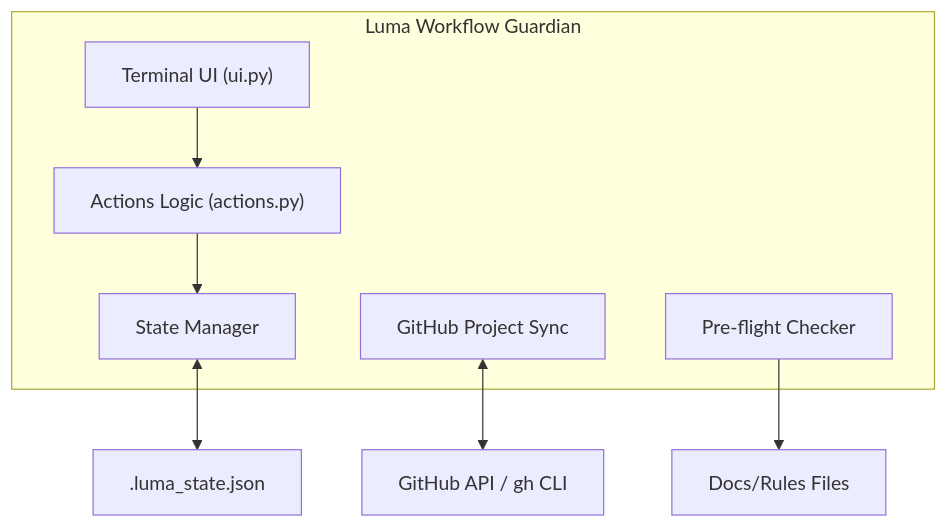
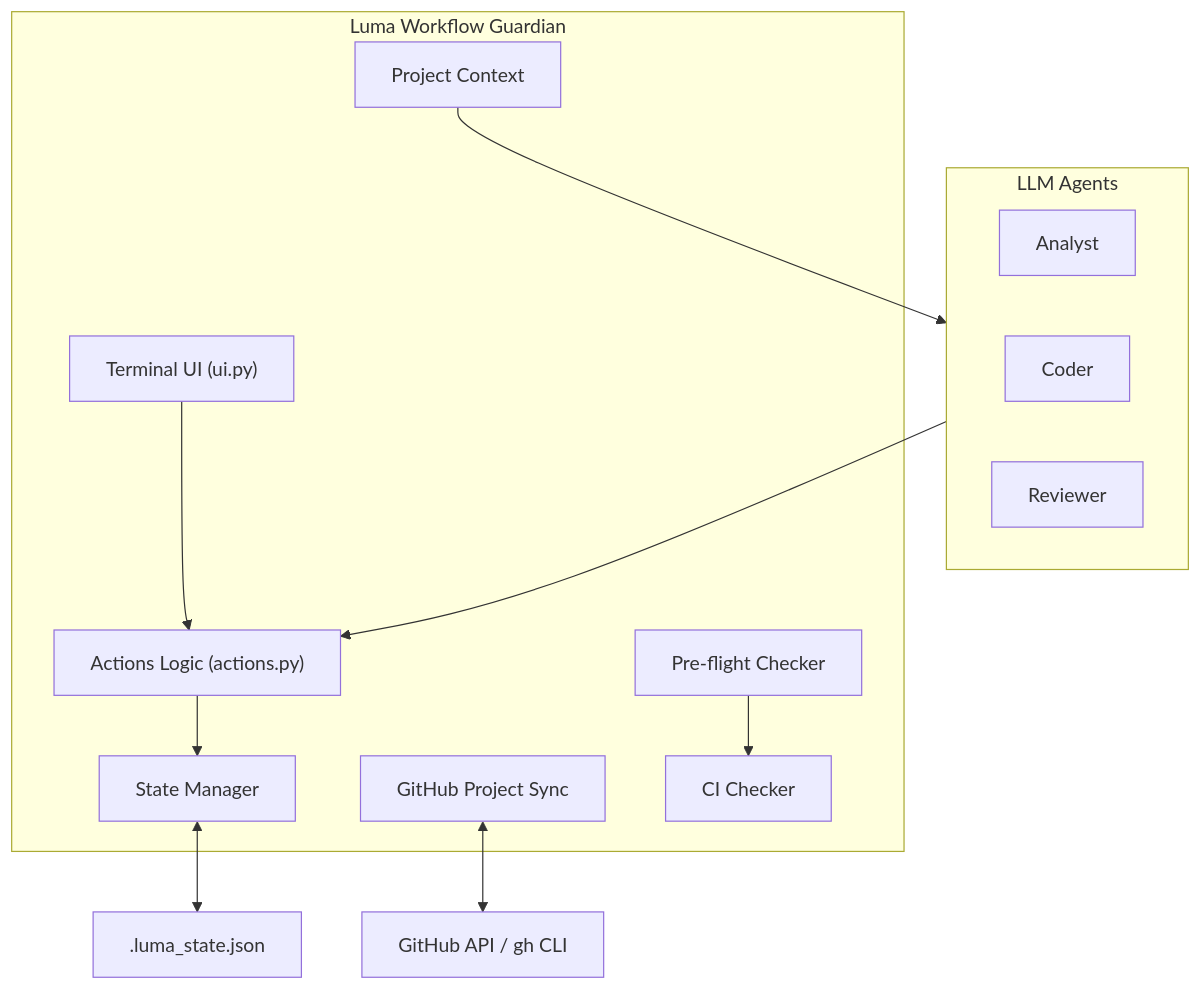
Before and after one commit to oatrice/Luma: the first of 2 diagrams in README.md, drawn with Mermaid. The commit also changed other lines of this file and 2 other files, not shown here.

````diff
--- a/README.md
+++ b/README.md
@@ -11,16 +11,26 @@
 ```mermaid
 flowchart TB
     subgraph Luma["Luma Workflow Guardian"]
         SM[State Manager]
         GP[GitHub Project Sync]
         PC[Pre-flight Checker]
+        CIC[CI Checker]
+        PCTX[Project Context]
         UI["Terminal UI (ui.py)"]
         ACT["Actions Logic (actions.py)"]
     end
     
+    subgraph Agents["LLM Agents"]
+        Analyst
+        Coder
+        Reviewer
+    end
+
     SM <--> LS[.luma_state.json]
     GP <--> GH[GitHub API / gh CLI]
-    PC --> DR[Docs/Rules Files]
+    PC --> CIC
+    PCTX --> Agents
     ACT --> SM
     UI --> ACT
+    Agents --> ACT
 ```
````
